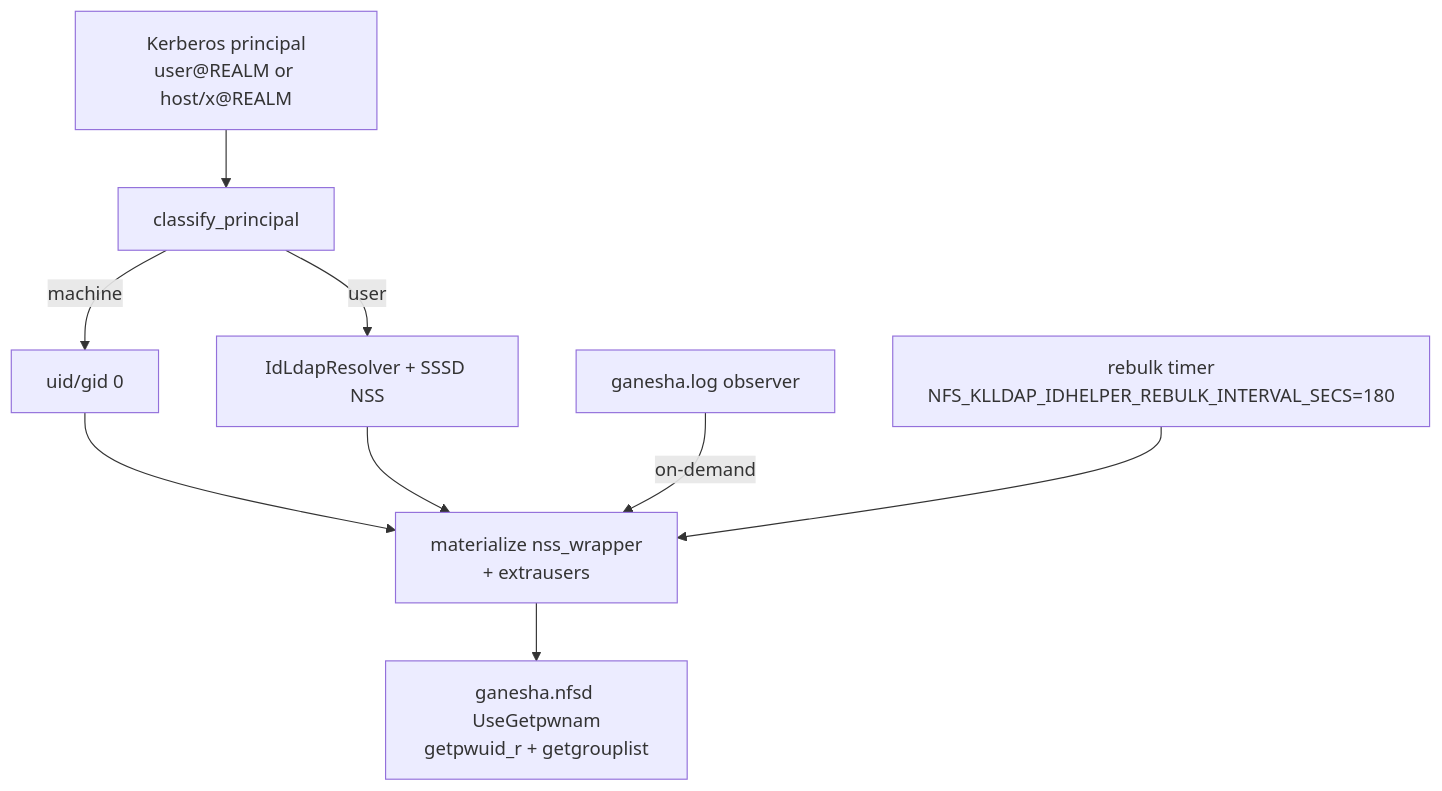
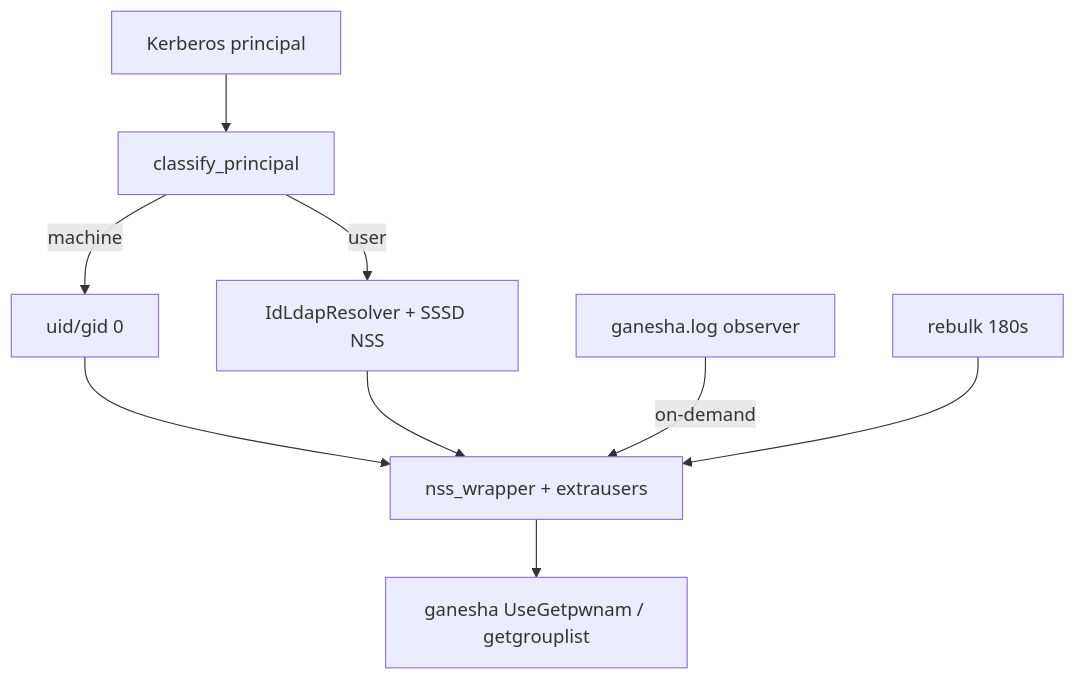
Before and after one commit to Aelieth/nfs-klldap-host: the diagram in docs/ldap-integration.md, drawn with Mermaid. The commit also changed other lines of this file and 18 other files, not shown here.

````diff
--- a/docs/ldap-integration.md
+++ b/docs/ldap-integration.md
@@ -59,11 +53,11 @@
 ```mermaid
 flowchart TD
-  princ["Kerberos principal\nuser@REALM or host/x@REALM"] --> classify["classify_principal"]
+  princ["Kerberos principal"] --> classify["classify_principal"]
   classify -->|machine| root["uid/gid 0"]
   classify -->|user| ldap["IdLdapResolver + SSSD NSS"]
-  root --> mat["materialize nss_wrapper\n+ extrausers"]
+  root --> mat["nss_wrapper + extrausers"]
   ldap --> mat
-  mat --> ganesha["ganesha.nfsd UseGetpwnam\ngetpwuid_r + getgrouplist"]
+  mat --> ganesha["ganesha UseGetpwnam / getgrouplist"]
   log["ganesha.log observer"] -->|on-demand| mat
-  timer["rebulk timer\nNFS_KLLDAP_IDHELPER_REBULK_INTERVAL_SECS=180"] --> mat
+  timer["rebulk 180s"] --> mat
 ```
````
